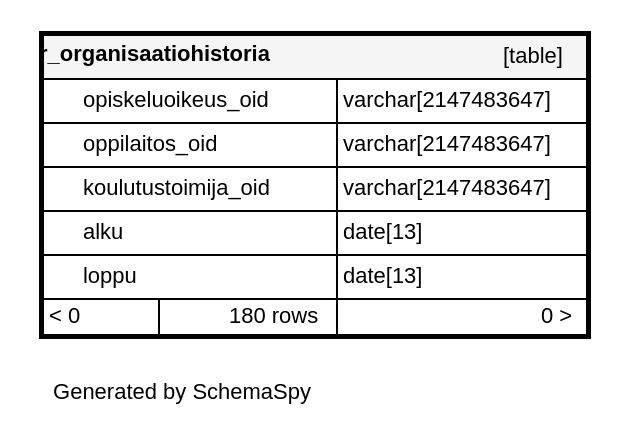
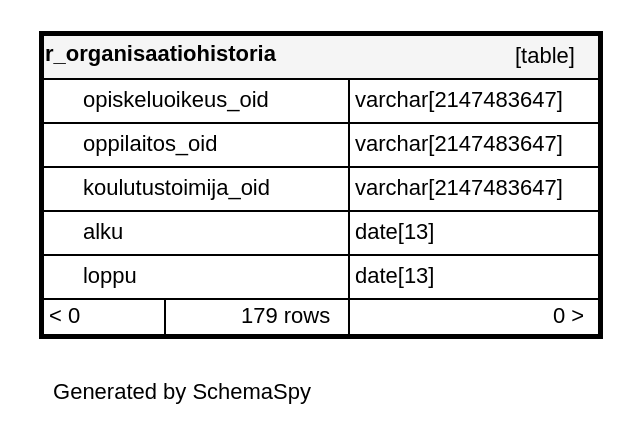
The diagram in documentation/tietokantaskeemat/koski-raportointikanta/diagrams/tables/r_organisaatiohistoria.1degree.dot (Opetushallitus/koski), drawn with Graphviz before and after one commit. The commit also changed 236 other files, not shown here.

```diff
--- a/documentation/tietokantaskeemat/koski-raportointikanta/diagrams/tables/r_organisaatiohistoria.1degree.dot
+++ b/documentation/tietokantaskeemat/koski-raportointikanta/diagrams/tables/r_organisaatiohistoria.1degree.dot
@@ -1,18 +1,18 @@
 digraph "oneDegreeRelationshipsDiagram" {
   graph [    rankdir="RL"    bgcolor="#ffffff"    label="\nGenerated by SchemaSpy"    labeljust="l"    nodesep="0.18"    ranksep="0.46"    fontname="Helvetica"    fontsize="11"    ration="compress"  ];  node [    fontname="Helvetica"    fontsize="11"    shape="plaintext"  ];  edge [    arrowsize="0.8"  ];
   "r_organisaatiohistoria" [
    label=<
     <TABLE BORDER="2" CELLBORDER="1" CELLSPACING="0" BGCOLOR="#ffffff">
-      <TR><TD COLSPAN="4"  BGCOLOR="#f5f5f5"><TABLE BORDER="0" CELLSPACING="0"><TR><TD ALIGN="LEFT" FIXEDSIZE="TRUE" WIDTH="126" HEIGHT="16"><B>r_organisaatiohistoria</B></TD><TD ALIGN="RIGHT">[table]</TD></TR></TABLE></TD></TR>
-      <TR><TD PORT="opiskeluoikeus_oid" COLSPAN="2" BGCOLOR="#ffffff" ALIGN="LEFT"><TABLE BORDER="0" CELLSPACING="0" ALIGN="LEFT"><TR ALIGN="LEFT"><TD ALIGN="LEFT" FIXEDSIZE="TRUE" WIDTH="15" HEIGHT="16"></TD><TD ALIGN="LEFT" FIXEDSIZE="TRUE" WIDTH="126" HEIGHT="16">opiskeluoikeus_oid</TD></TR></TABLE></TD><TD PORT="opiskeluoikeus_oid.type" ALIGN="LEFT">varchar[2147483647]</TD></TR>
-      <TR><TD PORT="oppilaitos_oid" COLSPAN="2" BGCOLOR="#ffffff" ALIGN="LEFT"><TABLE BORDER="0" CELLSPACING="0" ALIGN="LEFT"><TR ALIGN="LEFT"><TD ALIGN="LEFT" FIXEDSIZE="TRUE" WIDTH="15" HEIGHT="16"></TD><TD ALIGN="LEFT" FIXEDSIZE="TRUE" WIDTH="126" HEIGHT="16">oppilaitos_oid</TD></TR></TABLE></TD><TD PORT="oppilaitos_oid.type" ALIGN="LEFT">varchar[2147483647]</TD></TR>
-      <TR><TD PORT="koulutustoimija_oid" COLSPAN="2" BGCOLOR="#ffffff" ALIGN="LEFT"><TABLE BORDER="0" CELLSPACING="0" ALIGN="LEFT"><TR ALIGN="LEFT"><TD ALIGN="LEFT" FIXEDSIZE="TRUE" WIDTH="15" HEIGHT="16"></TD><TD ALIGN="LEFT" FIXEDSIZE="TRUE" WIDTH="126" HEIGHT="16">koulutustoimija_oid</TD></TR></TABLE></TD><TD PORT="koulutustoimija_oid.type" ALIGN="LEFT">varchar[2147483647]</TD></TR>
-      <TR><TD PORT="alku" COLSPAN="2" BGCOLOR="#ffffff" ALIGN="LEFT"><TABLE BORDER="0" CELLSPACING="0" ALIGN="LEFT"><TR ALIGN="LEFT"><TD ALIGN="LEFT" FIXEDSIZE="TRUE" WIDTH="15" HEIGHT="16"></TD><TD ALIGN="LEFT" FIXEDSIZE="TRUE" WIDTH="126" HEIGHT="16">alku</TD></TR></TABLE></TD><TD PORT="alku.type" ALIGN="LEFT">date[13]</TD></TR>
-      <TR><TD PORT="loppu" COLSPAN="2" BGCOLOR="#ffffff" ALIGN="LEFT"><TABLE BORDER="0" CELLSPACING="0" ALIGN="LEFT"><TR ALIGN="LEFT"><TD ALIGN="LEFT" FIXEDSIZE="TRUE" WIDTH="15" HEIGHT="16"></TD><TD ALIGN="LEFT" FIXEDSIZE="TRUE" WIDTH="126" HEIGHT="16">loppu</TD></TR></TABLE></TD><TD PORT="loppu.type" ALIGN="LEFT">date[13]</TD></TR>
-      <TR><TD ALIGN="LEFT" BGCOLOR="#ffffff">&lt; 0</TD><TD ALIGN="RIGHT" BGCOLOR="#ffffff">180 rows</TD><TD ALIGN="RIGHT" BGCOLOR="#ffffff">0 &gt;</TD></TR>
+      <TR><TD COLSPAN="4"  BGCOLOR="#f5f5f5"><TABLE BORDER="0" CELLSPACING="0"><TR><TD ALIGN="LEFT" FIXEDSIZE="TRUE" WIDTH="132" HEIGHT="16"><B>r_organisaatiohistoria</B></TD><TD ALIGN="RIGHT">[table]</TD></TR></TABLE></TD></TR>
+      <TR><TD PORT="opiskeluoikeus_oid" COLSPAN="2" BGCOLOR="#ffffff" ALIGN="LEFT"><TABLE BORDER="0" CELLSPACING="0" ALIGN="LEFT"><TR ALIGN="LEFT"><TD ALIGN="LEFT" FIXEDSIZE="TRUE" WIDTH="15" HEIGHT="16"></TD><TD ALIGN="LEFT" FIXEDSIZE="TRUE" WIDTH="132" HEIGHT="16">opiskeluoikeus_oid</TD></TR></TABLE></TD><TD PORT="opiskeluoikeus_oid.type" ALIGN="LEFT">varchar[2147483647]</TD></TR>
+      <TR><TD PORT="oppilaitos_oid" COLSPAN="2" BGCOLOR="#ffffff" ALIGN="LEFT"><TABLE BORDER="0" CELLSPACING="0" ALIGN="LEFT"><TR ALIGN="LEFT"><TD ALIGN="LEFT" FIXEDSIZE="TRUE" WIDTH="15" HEIGHT="16"></TD><TD ALIGN="LEFT" FIXEDSIZE="TRUE" WIDTH="132" HEIGHT="16">oppilaitos_oid</TD></TR></TABLE></TD><TD PORT="oppilaitos_oid.type" ALIGN="LEFT">varchar[2147483647]</TD></TR>
+      <TR><TD PORT="koulutustoimija_oid" COLSPAN="2" BGCOLOR="#ffffff" ALIGN="LEFT"><TABLE BORDER="0" CELLSPACING="0" ALIGN="LEFT"><TR ALIGN="LEFT"><TD ALIGN="LEFT" FIXEDSIZE="TRUE" WIDTH="15" HEIGHT="16"></TD><TD ALIGN="LEFT" FIXEDSIZE="TRUE" WIDTH="132" HEIGHT="16">koulutustoimija_oid</TD></TR></TABLE></TD><TD PORT="koulutustoimija_oid.type" ALIGN="LEFT">varchar[2147483647]</TD></TR>
+      <TR><TD PORT="alku" COLSPAN="2" BGCOLOR="#ffffff" ALIGN="LEFT"><TABLE BORDER="0" CELLSPACING="0" ALIGN="LEFT"><TR ALIGN="LEFT"><TD ALIGN="LEFT" FIXEDSIZE="TRUE" WIDTH="15" HEIGHT="16"></TD><TD ALIGN="LEFT" FIXEDSIZE="TRUE" WIDTH="132" HEIGHT="16">alku</TD></TR></TABLE></TD><TD PORT="alku.type" ALIGN="LEFT">date[13]</TD></TR>
+      <TR><TD PORT="loppu" COLSPAN="2" BGCOLOR="#ffffff" ALIGN="LEFT"><TABLE BORDER="0" CELLSPACING="0" ALIGN="LEFT"><TR ALIGN="LEFT"><TD ALIGN="LEFT" FIXEDSIZE="TRUE" WIDTH="15" HEIGHT="16"></TD><TD ALIGN="LEFT" FIXEDSIZE="TRUE" WIDTH="132" HEIGHT="16">loppu</TD></TR></TABLE></TD><TD PORT="loppu.type" ALIGN="LEFT">date[13]</TD></TR>
+      <TR><TD ALIGN="LEFT" BGCOLOR="#ffffff">&lt; 0</TD><TD ALIGN="RIGHT" BGCOLOR="#ffffff">179 rows</TD><TD ALIGN="RIGHT" BGCOLOR="#ffffff">0 &gt;</TD></TR>
     </TABLE>>
     URL="../../tables/r_organisaatiohistoria.html"
     target="_top"
     tooltip="r_organisaatiohistoria"
   ];
 }
```
